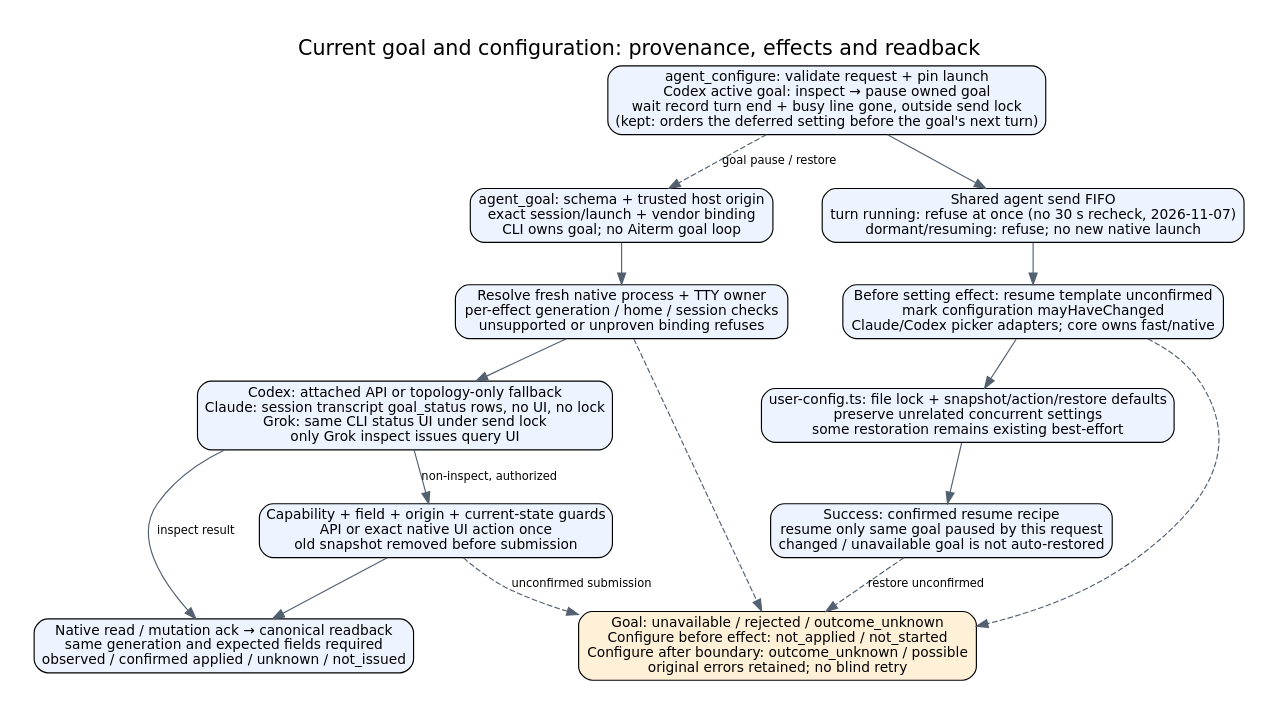
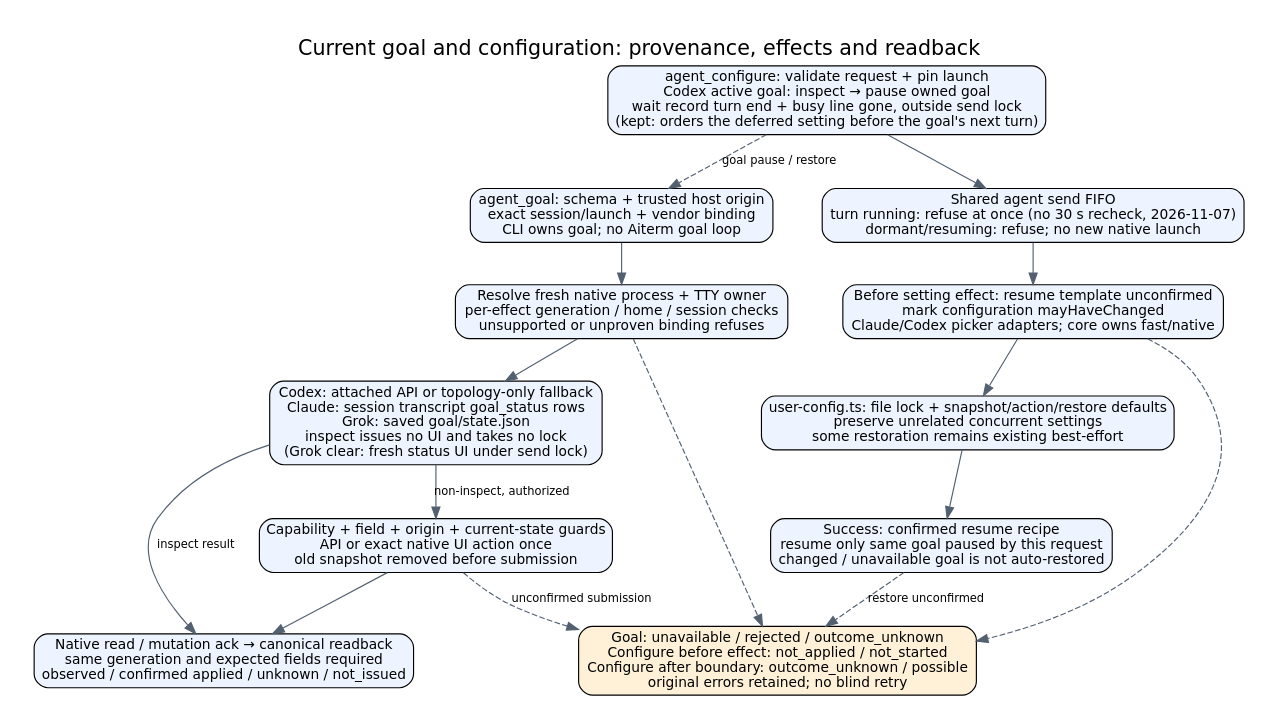
Before and after one commit to kitepon/aiterm-mcp: the diagram in docs/architecture/goal-configuration.dot, drawn with Graphviz. The commit also changed 6 other files, not shown here.

First line of the commit message:
Read a Grok goal from its saved state instead of typing /goal status

```diff
--- a/docs/architecture/goal-configuration.dot
+++ b/docs/architecture/goal-configuration.dot
@@ -1,19 +1,19 @@
 digraph configuration {
  graph [rankdir=TB,bgcolor="white",pad=0.3,nodesep=0.6,ranksep=0.5,label="Current goal and configuration: provenance, effects and readback",labelloc=t,fontname="DejaVu Sans",fontsize=18];
  node [shape=box,style="rounded,filled",fillcolor="#edf4ff",fontname="DejaVu Sans",fontsize=12];
  edge [fontname="DejaVu Sans",fontsize=10,color="#536070"];
  goal [label="agent_goal: schema + trusted host origin\nexact session/launch + vendor binding\nCLI owns goal; no Aiterm goal loop"];
  target [label="Resolve fresh native process + TTY owner\nper-effect generation / home / session checks\nunsupported or unproven binding refuses"];
- read [label="Codex: attached API or topology-only fallback\nClaude: session transcript goal_status rows, no UI, no lock\nGrok: same CLI status UI under send lock\nonly Grok inspect issues query UI"];
+ read [label="Codex: attached API or topology-only fallback\nClaude: session transcript goal_status rows\nGrok: saved goal/state.json\ninspect issues no UI and takes no lock\n(Grok clear: fresh status UI under send lock)"];
  mutate [label="Capability + field + origin + current-state guards\nAPI or exact native UI action once\nold snapshot removed before submission"];
  readback [label="Native read / mutation ack → canonical readback\nsame generation and expected fields required\nobserved / confirmed applied / unknown / not_issued"];
  config [label="agent_configure: validate request + pin launch\nCodex active goal: inspect → pause owned goal\nwait record turn end + busy line gone, outside send lock\n(kept: orders the deferred setting before the goal's next turn)"];
  lock [label="Shared agent send FIFO\nturn running: refuse at once (no 30 s recheck, 2026-11-07)\ndormant/resuming: refuse; no new native launch"];
  before [label="Before setting effect: resume template unconfirmed\nmark configuration mayHaveChanged\nClaude/Codex picker adapters; core owns fast/native"];
  defaults [label="user-config.ts: file lock + snapshot/action/restore defaults\npreserve unrelated concurrent settings\nsome restoration remains existing best-effort"];
  restore [label="Success: confirmed resume recipe\nresume only same goal paused by this request\nchanged / unavailable goal is not auto-restored"];
  fail [label="Goal: unavailable / rejected / outcome_unknown\nConfigure before effect: not_applied / not_started\nConfigure after boundary: outcome_unknown / possible\noriginal errors retained; no blind retry",fillcolor="#fff0d8"];
  goal -> target;target -> read;read -> mutate [label="non-inspect, authorized"];mutate -> readback;read -> readback [label="inspect result"];
  config -> lock;lock -> before;before -> defaults;defaults -> restore;
  config -> goal [style=dashed,label="goal pause / restore"];before -> fail [style=dashed];restore -> fail [style=dashed,label="restore unconfirmed"];target -> fail [style=dashed];mutate -> fail [style=dashed,label="unconfirmed submission"];
 }
```
